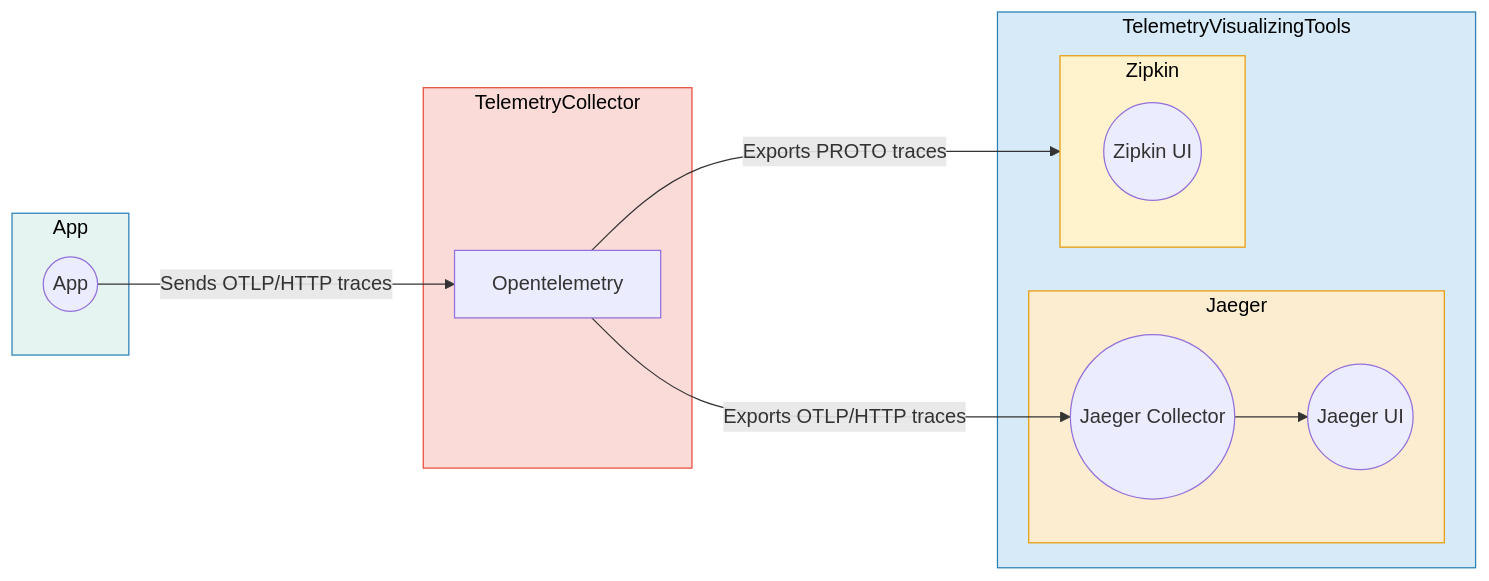
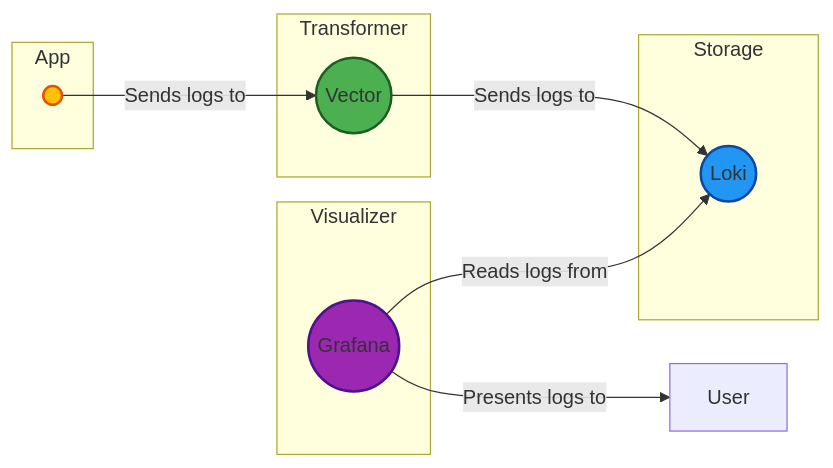
Before and after one commit to maksimmuravev/bunnyshell-all-in-toolset: the diagram in .bunnyshell/templates/grafana-vector-loki/README.md, drawn with Mermaid. The commit also changed 1 other file, not shown here.

Commit message:
Refactor telemetry stack visualization in READMEs

````diff
--- a/.bunnyshell/templates/grafana-vector-loki/README.md
+++ b/.bunnyshell/templates/grafana-vector-loki/README.md
@@ -11,36 +11,29 @@
 ```mermaid
 graph LR
 
-style App fill:#E6F4F1,stroke:#2980B9,color:black;
-style Jaeger fill:#FDEDD0,stroke:#E89C0C,color:black;
-style Zipkin fill:#FFF3CD,stroke:#E89C0C,color:black;
-style TelemetryCollector fill:#FADBD8,stroke:#E74C3C,color:black;
-style TelemetryVisualizingTools fill:#D6EAF8,stroke:#2980B9,color:black;
+style A fill:#FFC107, stroke:#E65100, stroke-width:2px;
+style B fill:#4CAF50, stroke:#1B5E20, stroke-width:2px;
+style C fill:#2196F3, stroke:#0D47A1, stroke-width:2px;
+style D fill:#9C27B0, stroke:#4A148C, stroke-width:2px;
 
 subgraph App
-    A((App))
+    A(( ))
 end
 
-subgraph Jaeger
-    B((Jaeger UI))
-    C((Jaeger Collector))
+subgraph "Transformer"
+    B(( Vector ))
 end
 
-subgraph Zipkin
-    D((Zipkin UI))
+subgraph Storage
+    C(( Loki ))
 end
 
-subgraph TelemetryVisualizingTools
-    Jaeger
-    Zipkin
+subgraph Visualizer
+    D(( Grafana ))
 end
 
-subgraph TelemetryCollector
-    Opentelemetry
-end
-
-A -- Sends OTLP/HTTP traces --> Opentelemetry
-Opentelemetry -- Exports PROTO traces  --> Zipkin
-Opentelemetry -- Exports OTLP/HTTP traces --> C
-C --> B
+A -->|Sends logs to| B
+B -->|Sends logs to| C
+D -->|Reads logs from| C
+D -->|Presents logs to| User
 ```
````
